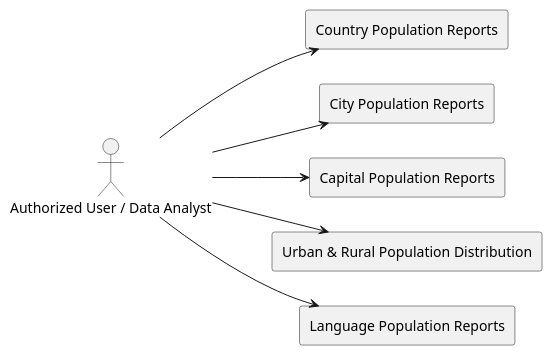
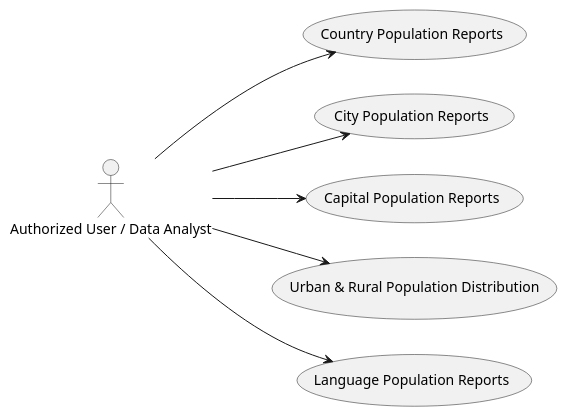
One commit to acole-407930/SET08803-Coursework-Group-15 changed the diagram in Use-Case-Diagram.Puml. Above: the diagram before and after it, drawn with PlantUML.

Commit message:
Update to use case diagram

```diff
--- a/Use-Case-Diagram.Puml
+++ b/Use-Case-Diagram.Puml
@@ -1,17 +1,17 @@
 @startuml
 left to right direction
 
 actor "Authorized User / Data Analyst" as User
 
-rectangle "Country Population Reports" as Country
-rectangle "City Population Reports" as City
-rectangle "Capital Population Reports" as Capital
-rectangle "Urban & Rural Population Distribution" as UrbanRural
-rectangle "Language Population Reports" as Language
+usecase "Country Population Reports" as Country
+usecase "City Population Reports" as City
+usecase "Capital Population Reports" as Capital
+usecase "Urban & Rural Population Distribution" as UrbanRural
+usecase "Language Population Reports" as Language
 
 User --> Country
 User --> City
 User --> Capital
 User --> UrbanRural
 User --> Language
 @enduml
```
